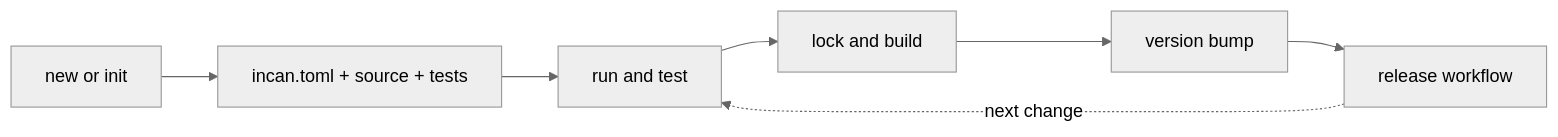
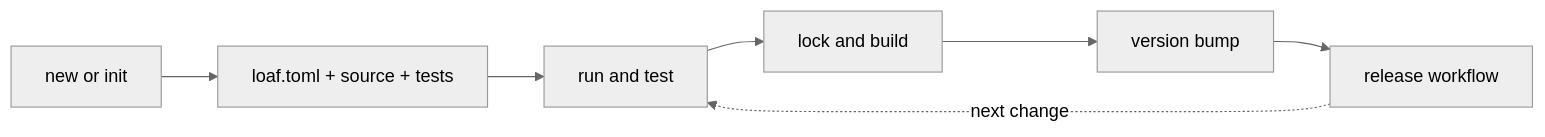
Before and after one commit to encero-systems/incan: the diagram in workspaces/docs-site/docs/language/how-to/project_lifecycle.md, drawn with Mermaid (neutral theme). The commit also changed other lines of this file and 131 other files, not shown here.

````diff
--- a/workspaces/docs-site/docs/language/how-to/project_lifecycle.md
+++ b/workspaces/docs-site/docs/language/how-to/project_lifecycle.md
@@ -7,9 +7,9 @@
 ```mermaid
 flowchart LR
-  A["new or init"] --> B["incan.toml + source + tests"]
+  A["new or init"] --> B["loaf.toml + source + tests"]
   B --> C["run and test"]
   C --> D["lock and build"]
   D --> E["version bump"]
   E --> F["release workflow"]
   F -. "next change" .-> C
 ```
````
